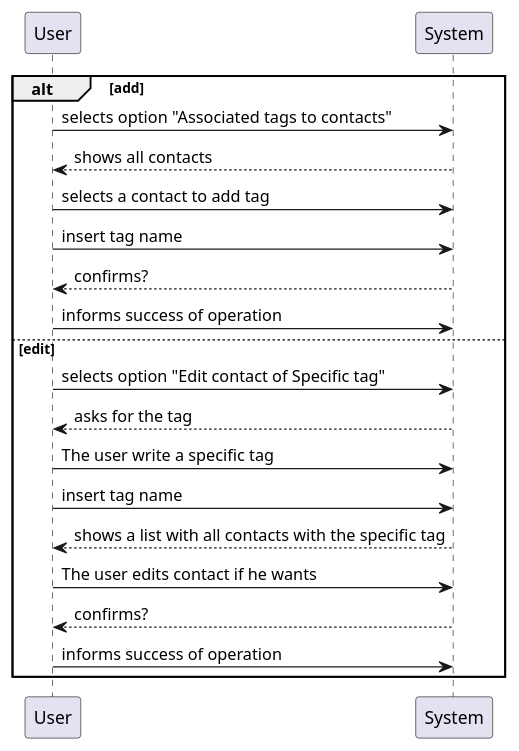
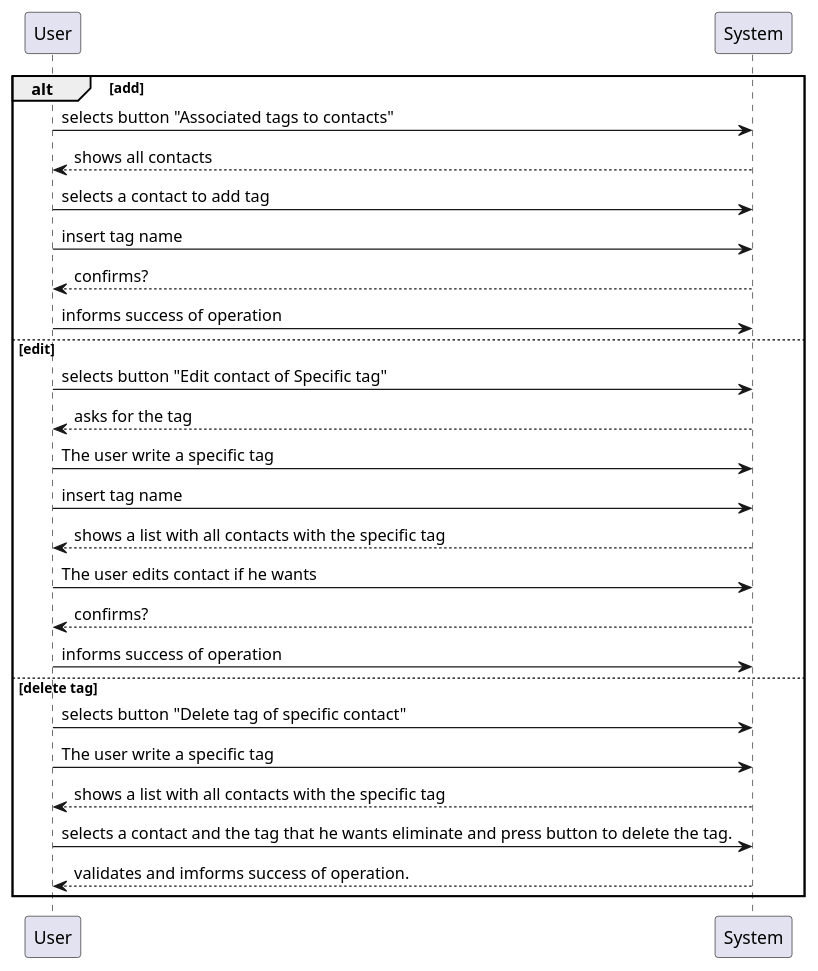
The diagram in src/main/java/csheets/worklog/n1130523/sprint3/crm_contacts_with_tags_analysis_ssd.puml (RubenTeixeira/cleansheets_isep_2dg_2016), drawn with PlantUML before and after one commit. The commit also changed 3 other files, not shown here.

```diff
--- a/src/main/java/csheets/worklog/n1130523/sprint3/crm_contacts_with_tags_analysis_ssd.puml
+++ b/src/main/java/csheets/worklog/n1130523/sprint3/crm_contacts_with_tags_analysis_ssd.puml
@@ -1,20 +1,26 @@
 @startuml doc-files/crm_contacts_with_tags_analysis_ssd.png
 
 alt add
-User -> System: selects option "Associated tags to contacts"
+User -> System: selects button "Associated tags to contacts"
 User <-- System: shows all contacts
 User -> System: selects a contact to add tag
 User -> System: insert tag name
 User <-- System: confirms?
 User -> System: informs success of operation
 else edit
-User -> System: selects option "Edit contact of Specific tag"
+User -> System: selects button "Edit contact of Specific tag"
 User <-- System: asks for the tag
 User -> System: The user write a specific tag
 User -> System: insert tag name
 User <-- System: shows a list with all contacts with the specific tag
 User -> System: The user edits contact if he wants
 User <-- System: confirms?
 User -> System: informs success of operation
+else delete tag
+User -> System: selects button "Delete tag of specific contact"
+User -> System: The user write a specific tag
+User <-- System: shows a list with all contacts with the specific tag
+User -> System: selects a contact and the tag that he wants eliminate and press button to delete the tag.
+User <-- System: validates and imforms success of operation.
 end
 @enduml
```
